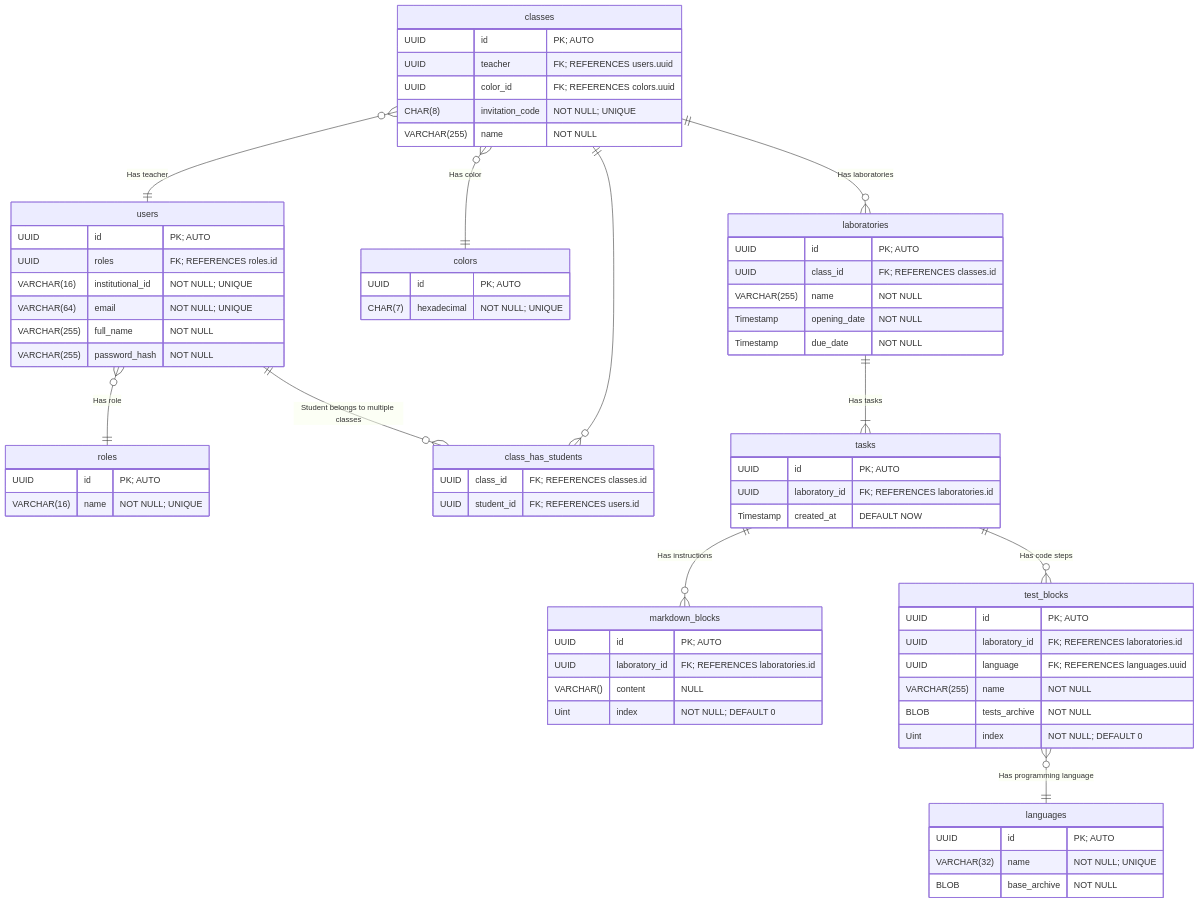
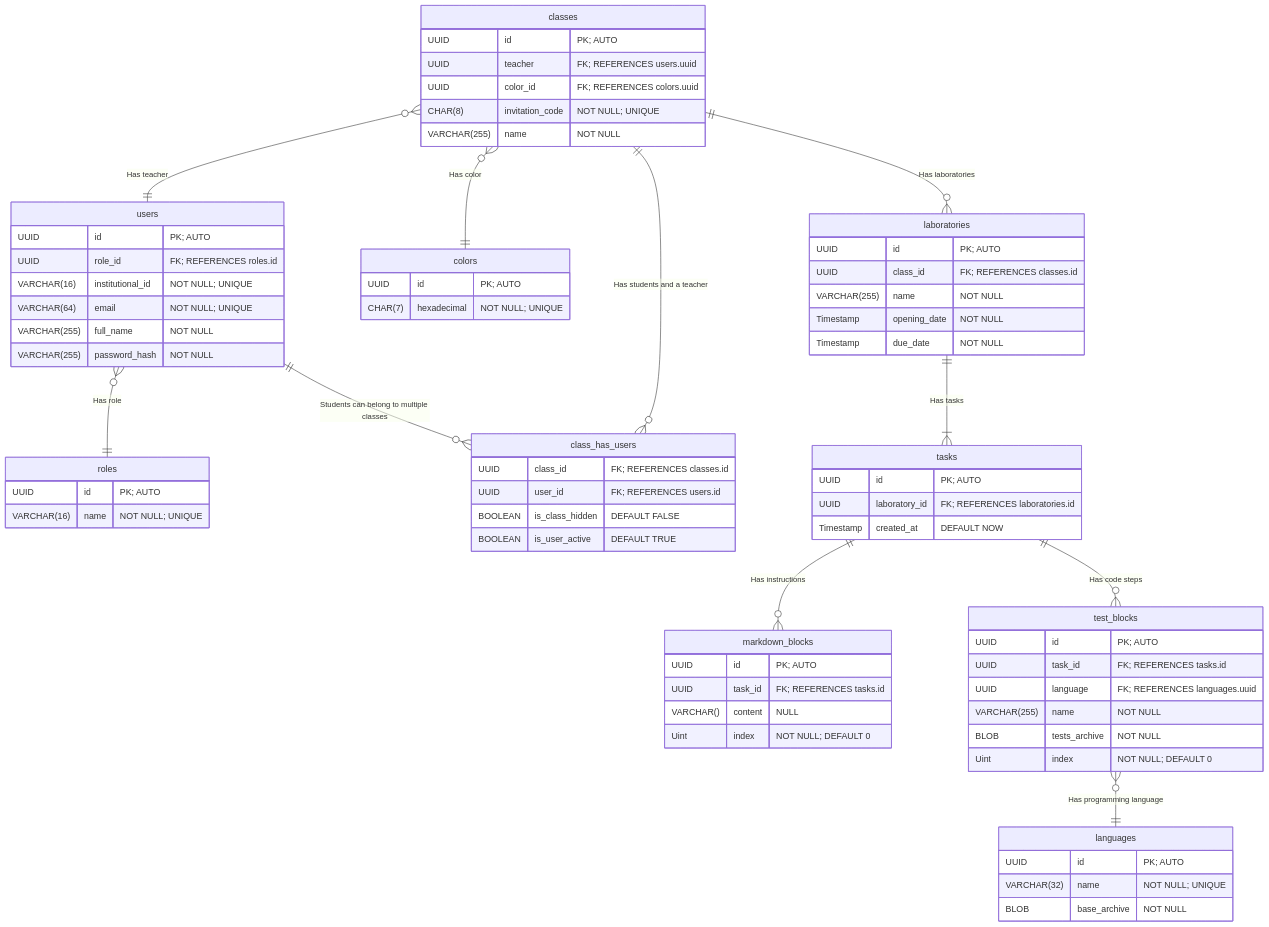
Before and after one commit to upb-code-labs/docs: the diagram in diagrams/database/database.md, drawn with Mermaid.

Commit message:
docs(db): Update relations

````diff
--- a/diagrams/database/database.md
+++ b/diagrams/database/database.md
@@ -3,15 +3,15 @@
 ```mermaid
 erDiagram
-    users }o--|| roles: "Has role"
-    classes }o--|| users: "Has teacher"
-    classes }o--|| colors: "Has color"
-    classes ||--o{ class_has_students: ""
-    users ||--o{ class_has_students: "Student belongs to multiple classes"
-    classes ||--o{ laboratories: "Has laboratories"
-    laboratories ||--|{	tasks: "Has tasks"
-    tasks ||--o{ markdown_blocks: "Has instructions"
-    tasks ||--o{ test_blocks: "Has code steps"
-    test_blocks  }o--|| languages: "Has programming language"
+    users }o--|| roles:                 "Has role"
+    classes }o--|| users:               "Has teacher"
+    classes }o--|| colors:              "Has color"
+    classes ||--o{ class_has_users:     "Has students and a teacher"
+    users ||--o{ class_has_users:       "Students can belong to multiple classes"
+    classes ||--o{ laboratories:        "Has laboratories"
+    laboratories ||--|{	tasks:          "Has tasks"
+    tasks ||--o{ markdown_blocks:       "Has instructions"
+    tasks ||--o{ test_blocks:           "Has code steps"
+    test_blocks  }o--|| languages:      "Has programming language"
 
 	roles {
         UUID            id          "PK; AUTO"
@@ -20,7 +20,7 @@
 
     users {
         UUID            id                  "PK; AUTO"
-        UUID            roles               "FK; REFERENCES roles.id"
+        UUID            role_id             "FK; REFERENCES roles.id"
         VARCHAR(16)     institutional_id    "NOT NULL; UNIQUE"
         VARCHAR(64)     email               "NOT NULL; UNIQUE"
         VARCHAR(255)    full_name           "NOT NULL"
@@ -40,9 +40,11 @@
         CHAR(7)     hexadecimal     "NOT NULL; UNIQUE"
     }
 
-    class_has_students {
-        UUID    class_id    "FK; REFERENCES classes.id"
-        UUID    student_id  "FK; REFERENCES users.id"
+    class_has_users {
+        UUID        class_id            "FK; REFERENCES classes.id"
+        UUID        user_id             "FK; REFERENCES users.id"
+        BOOLEAN     is_class_hidden     "DEFAULT FALSE"
+        BOOLEAN     is_user_active      "DEFAULT TRUE"
     }
 
     laboratories {
@@ -61,14 +63,14 @@
 
     markdown_blocks {
         UUID            id              "PK; AUTO"
-        UUID            laboratory_id   "FK; REFERENCES laboratories.id"
+        UUID            task_id         "FK; REFERENCES tasks.id"
         VARCHAR()       content         "NULL"
         Uint            index           "NOT NULL; DEFAULT 0"
     }
 
     test_blocks {
         UUID            id              "PK; AUTO"
-        UUID            laboratory_id   "FK; REFERENCES laboratories.id"
+        UUID            task_id         "FK; REFERENCES tasks.id"
         UUID            language        "FK; REFERENCES languages.uuid"
         VARCHAR(255)    name            "NOT NULL"
         BLOB            tests_archive   "NOT NULL"
````
